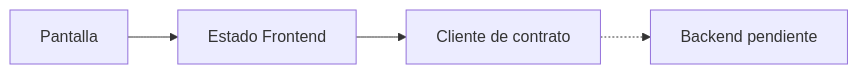
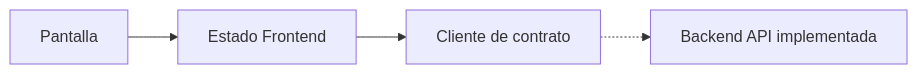
One commit to FreinierCardona/AlertaMujer_Docs changed the diagram in 09-modules/frontend/data-model.md. Above: the diagram before and after it, drawn with Mermaid. The commit also changed other lines of this file and 43 other files, not shown here.

````diff
--- a/09-modules/frontend/data-model.md
+++ b/09-modules/frontend/data-model.md
@@ -21,6 +21,6 @@
 ```mermaid
 flowchart LR
   UI[Pantalla] --> CTX[Estado Frontend]
   CTX --> API[Cliente de contrato]
-  API -.-> BE[Backend pendiente]
+  API -.-> BE[Backend API implementada]
 ```
````
